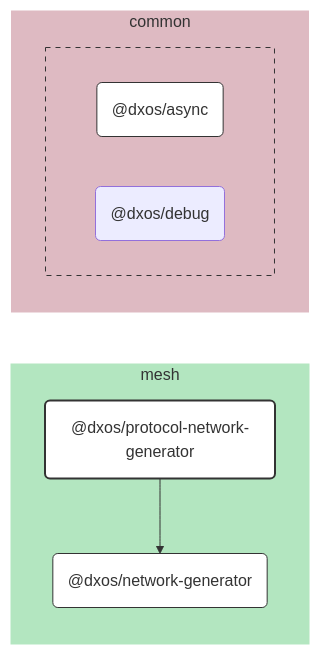
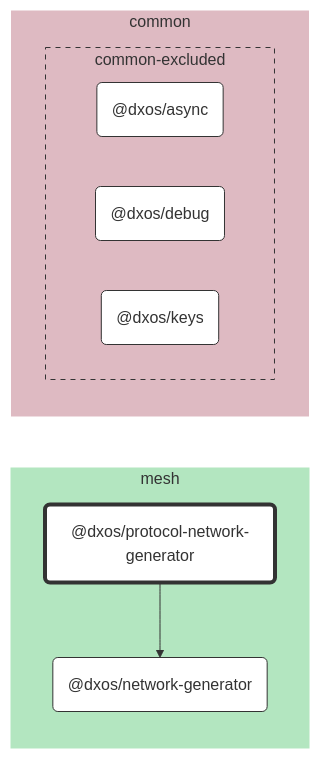
Before and after one commit to dxos/dxos: the diagram in packages/mesh/protocol-network-generator/docs/README.md, drawn with Mermaid. The commit also changed other lines of this file and 683 other files, not shown here.

````diff
--- a/packages/mesh/protocol-network-generator/docs/README.md
+++ b/packages/mesh/protocol-network-generator/docs/README.md
@@ -7,43 +7,37 @@
 ```mermaid
 %%{ init: {'flowchart':{'curve':'basis'}} }%%
 
 flowchart LR
 
-%% Links
-dxos/protocol-network-generator --> dxos/network-generator;
+%% Classes
+classDef def fill:#fff,stroke:#333,stroke-width:1px
+classDef root fill:#fff,stroke:#333,stroke-width:4px
 
-%% Sections
-subgraph mesh
-  style mesh fill:#b3e6c0,stroke:#fff;
+%% Nodes
 
-  dxos/network-generator("@dxos/network-generator")
-  dxos/protocol-network-generator("@dxos/protocol-network-generator")
+subgraph mesh [mesh]
+  style mesh fill:#b3e6c0,stroke:#fff
+  dxos/protocol-network-generator("@dxos/protocol-network-generator"):::root
+  click dxos/protocol-network-generator "dxos/dxos/tree/main/packages/mesh/protocol-network-generator/docs"
+  dxos/network-generator("@dxos/network-generator"):::def
+  click dxos/network-generator "dxos/dxos/tree/main/packages/mesh/network-generator/docs"
 end
 
-subgraph common
-  style common fill:#debac2,stroke:#fff;
+subgraph common [common]
+  style common fill:#debac2,stroke:#fff
 
-
-  subgraph common-excluded [ ]
-    style common-excluded fill:#debac2,stroke:#333,stroke-dasharray:5 5;
-
-    dxos/async("@dxos/async")
-    dxos/debug("@dxos/debug")
+  subgraph common-excluded [common-excluded]
+    style common-excluded fill:#debac2,stroke:#333,stroke-dasharray:5 5
+    dxos/async("@dxos/async"):::def
+    click dxos/async "dxos/dxos/tree/main/packages/common/async/docs"
+    dxos/debug("@dxos/debug"):::def
+    click dxos/debug "dxos/dxos/tree/main/packages/common/debug/docs"
+    dxos/keys("@dxos/keys"):::def
+    click dxos/keys "dxos/dxos/tree/main/packages/common/keys/docs"
   end
 end
 
-
-%% Hyperlinks
-click dxos/async "dxos/dxos/tree/main/packages/common/async/docs";
-click dxos/network-generator "dxos/dxos/tree/main/packages/mesh/network-generator/docs";
-
-%% Styles
-classDef rootNode fill:#fff,stroke:#333,stroke-width:2px
-classDef defaultNode fill:#fff,stroke:#333,stroke-width:1px
+%% Links
 linkStyle default stroke:#333,stroke-width:1px
-
-dxos/protocol-network-generator:::rootNode
-
-dxos/async:::defaultNode
-dxos/network-generator:::defaultNode
+dxos/protocol-network-generator --> dxos/network-generator
 ```
````
